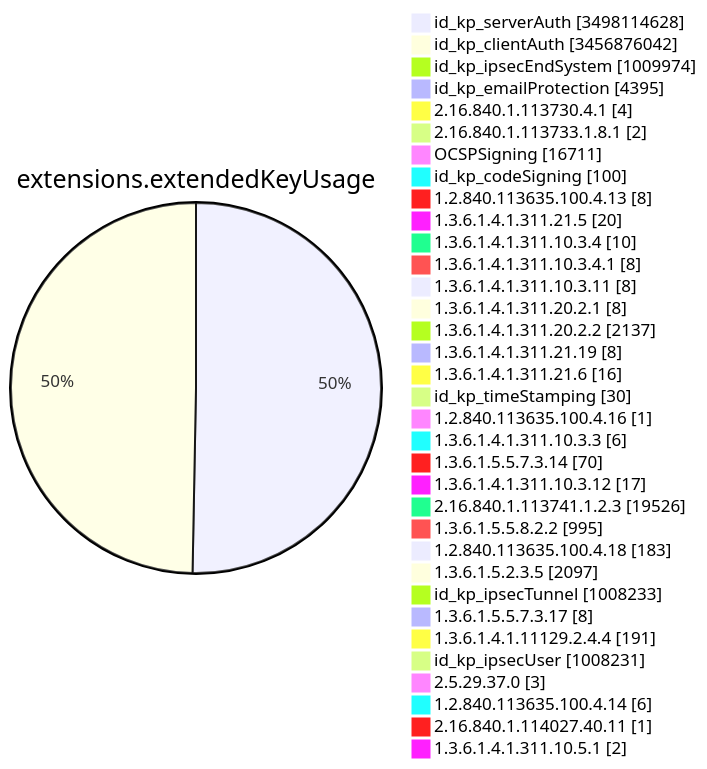
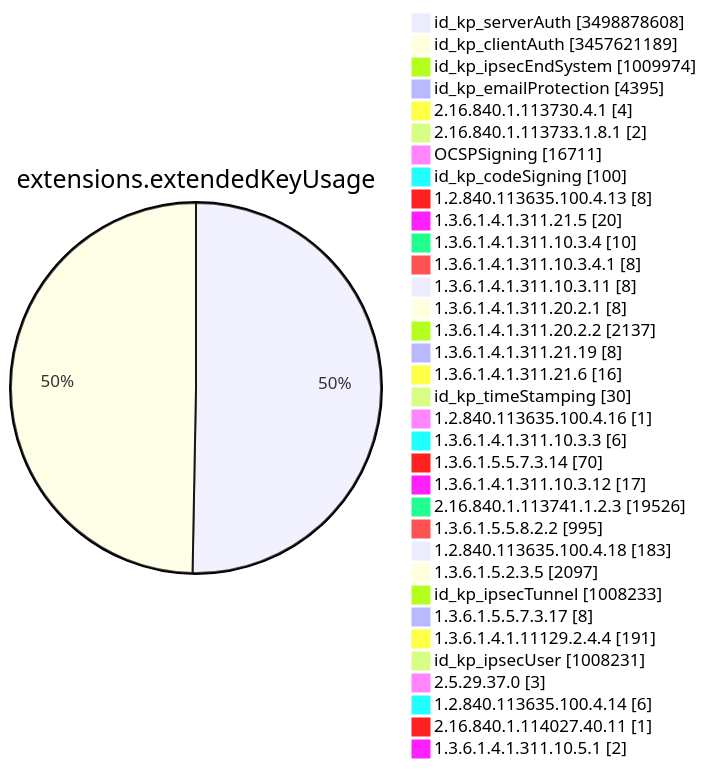
Diagram 11 of 15 in TOTAL/README.md (christiankrug/ctmonitor_visualization), drawn with Mermaid before and after one commit. The commit also changed other lines of this file, not shown here.

````diff
--- a/TOTAL/README.md
+++ b/TOTAL/README.md
@@ -4125,38 +4125,38 @@
 ```mermaid
 pie showData
 title extensions.extendedKeyUsage
-"id_kp_serverAuth" :3498114628
-"id_kp_clientAuth" :3456876042
+"id_kp_serverAuth" :3498878608
+"id_kp_clientAuth" :3457621189
 "id_kp_ipsecEndSystem" :1009974
 "id_kp_emailProtection" :4395
 "2.16.840.1.113730.4.1" :4
 "2.16.840.1.113733.1.8.1" :2
 "OCSPSigning" :16711
 "id_kp_codeSigning" :100
 "1.2.840.113635.100.4.13" :8
 "1.3.6.1.4.1.311.21.5" :20
 "1.3.6.1.4.1.311.10.3.4" :10
 "1.3.6.1.4.1.311.10.3.4.1" :8
 "1.3.6.1.4.1.311.10.3.11" :8
 "1.3.6.1.4.1.311.20.2.1" :8
 "1.3.6.1.4.1.311.20.2.2" :2137
 "1.3.6.1.4.1.311.21.19" :8
 "1.3.6.1.4.1.311.21.6" :16
 "id_kp_timeStamping" :30
 "1.2.840.113635.100.4.16" :1
 "1.3.6.1.4.1.311.10.3.3" :6
 "1.3.6.1.5.5.7.3.14" :70
 "1.3.6.1.4.1.311.10.3.12" :17
 "2.16.840.1.113741.1.2.3" :19526
 "1.3.6.1.5.5.8.2.2" :995
 "1.2.840.113635.100.4.18" :183
 "1.3.6.1.5.2.3.5" :2097
 "id_kp_ipsecTunnel" :1008233
 "1.3.6.1.5.5.7.3.17" :8
 "1.3.6.1.4.1.11129.2.4.4" :191
 "id_kp_ipsecUser" :1008231
 "2.5.29.37.0" :3
 "1.2.840.113635.100.4.14" :6
 "2.16.840.1.114027.40.11" :1
 "1.3.6.1.4.1.311.10.5.1" :2
 ```
````
